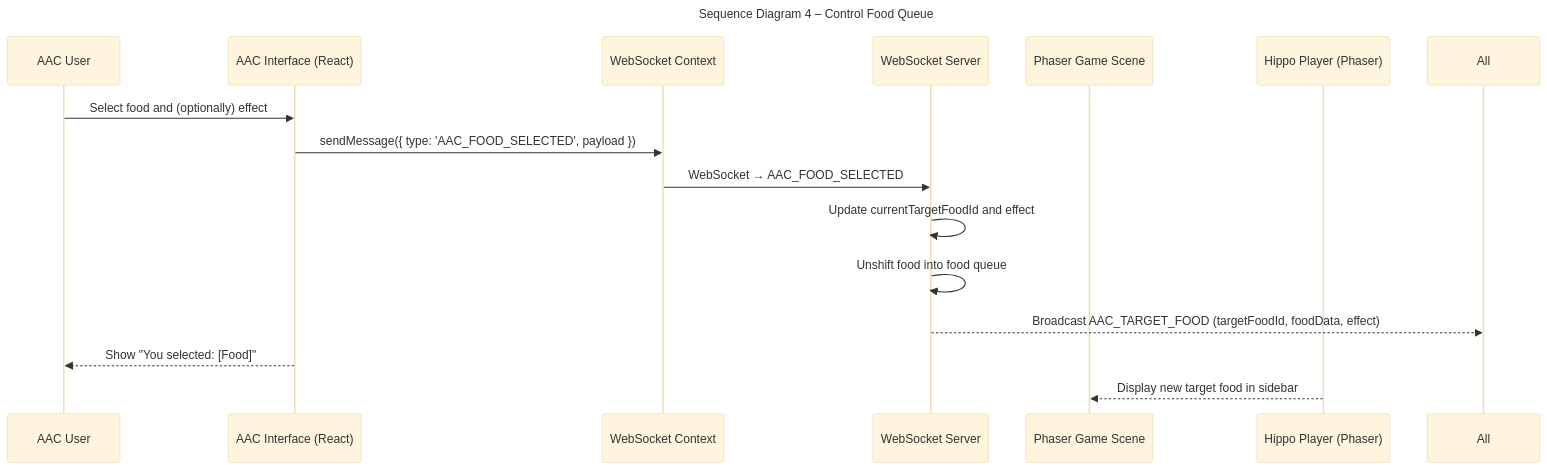
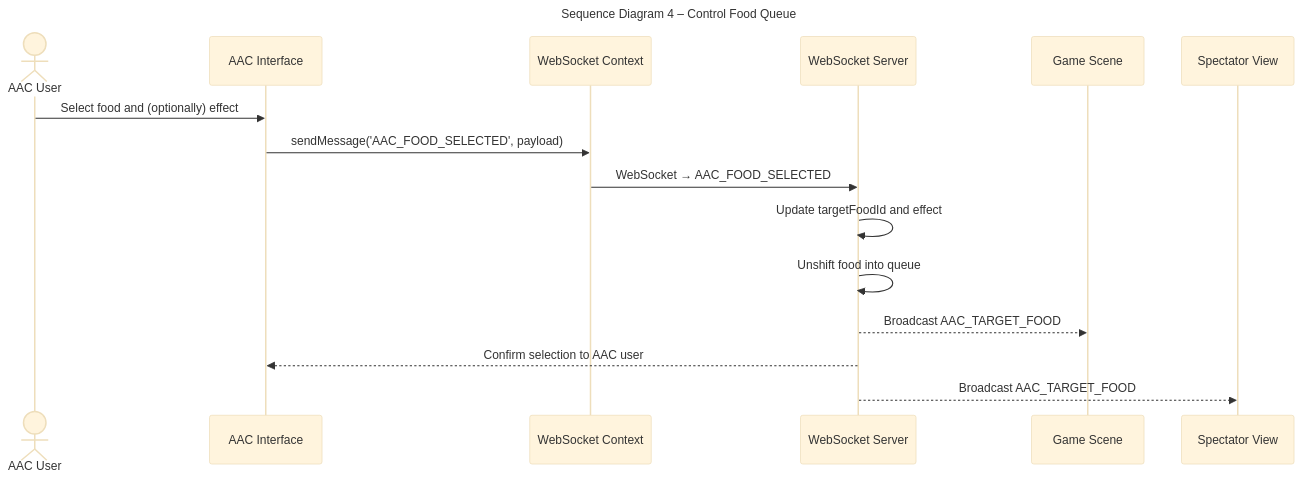
The fourth of 7 diagrams in documentation/docs/system-architecture/sequence-diagrams.md (tug74295/project-acc-hungry-hippos), drawn with Mermaid (base theme) before and after one commit. The commit also changed other lines of this file, not shown here.

Commit message:
Updated use case 4 and 5 sequence diagrams

````diff
--- a/documentation/docs/system-architecture/sequence-diagrams.md
+++ b/documentation/docs/system-architecture/sequence-diagrams.md
@@ -152,26 +152,25 @@
 ```mermaid
 ---
 title: Sequence Diagram 4 – Control Food Queue
 ---
 
 sequenceDiagram
-    participant AAC_User as AAC User
-    participant AAC_Interface as AAC Interface (React)
+    actor AAC_User as AAC User
+    participant AAC_Interface as AAC Interface
     participant WebSocket_Client as WebSocket Context
-    participant Game_Server as WebSocket Server
-    participant Phaser_Scene as Phaser Game Scene
-    participant Hippo_Player as Hippo Player (Phaser)
+    participant WebSocket_Server as WebSocket Server
+    participant Phaser_Scene as Game Scene
+    participant Spectator_UI as Spectator View
 
     AAC_User->>AAC_Interface: Select food and (optionally) effect
-    AAC_Interface->>WebSocket_Client: sendMessage({ type: 'AAC_FOOD_SELECTED', payload })
-    WebSocket_Client->>Game_Server: WebSocket → AAC_FOOD_SELECTED
+    AAC_Interface->>WebSocket_Client: sendMessage('AAC_FOOD_SELECTED', payload)
+    WebSocket_Client->>WebSocket_Server: WebSocket → AAC_FOOD_SELECTED
 
-    Game_Server->>Game_Server: Update currentTargetFoodId and effect
-    Game_Server->>Game_Server: Unshift food into food queue
+    WebSocket_Server->>WebSocket_Server: Update targetFoodId and effect
+    WebSocket_Server->>WebSocket_Server: Unshift food into queue
 
-    Game_Server-->>All: Broadcast AAC_TARGET_FOOD (targetFoodId, foodData, effect)
-
-    AAC_Interface-->>AAC_User: Show "You selected: [Food]"
-    Hippo_Player-->>Phaser_Scene: Display new target food in sidebar
+    WebSocket_Server-->>Phaser_Scene: Broadcast AAC_TARGET_FOOD
+    WebSocket_Server-->>AAC_Interface: Confirm selection to AAC user
+    WebSocket_Server-->>Spectator_UI: Broadcast AAC_TARGET_FOOD
 
 ```
````
